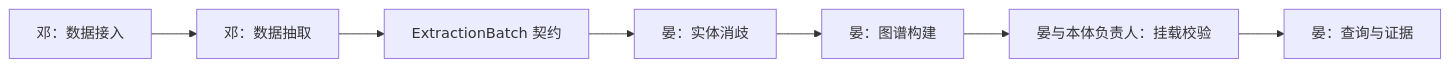
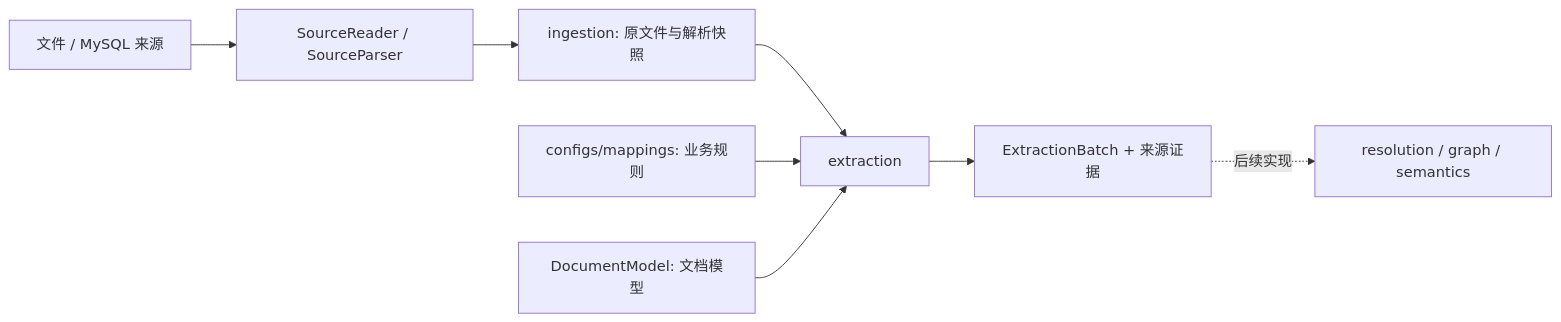
The diagram in docs/architecture.md (touourin/bank_project), drawn with Mermaid before and after one commit. The commit also changed other lines of this file and 69 other files, not shown here.

````diff
--- a/docs/architecture.md
+++ b/docs/architecture.md
@@ -40,9 +34,10 @@
 ```mermaid
 flowchart LR
-    I[邓：数据接入] --> E[邓：数据抽取]
-    E --> C[ExtractionBatch 契约]
-    C --> R[晏：实体消歧]
-    R --> G[晏：图谱构建]
-    G --> S[晏与本体负责人：挂载校验]
-    S --> Q[晏：查询与证据]
+    A[文件 / MySQL 来源] --> B[SourceReader / SourceParser]
+    B --> C[ingestion: 原文件与解析快照]
+    C --> D[extraction]
+    M[configs/mappings: 业务规则] --> D
+    L[DocumentModel: 文档模型] --> D
+    D --> E[ExtractionBatch + 来源证据]
+    E -. 后续实现 .-> F[resolution / graph / semantics]
 ```
````
